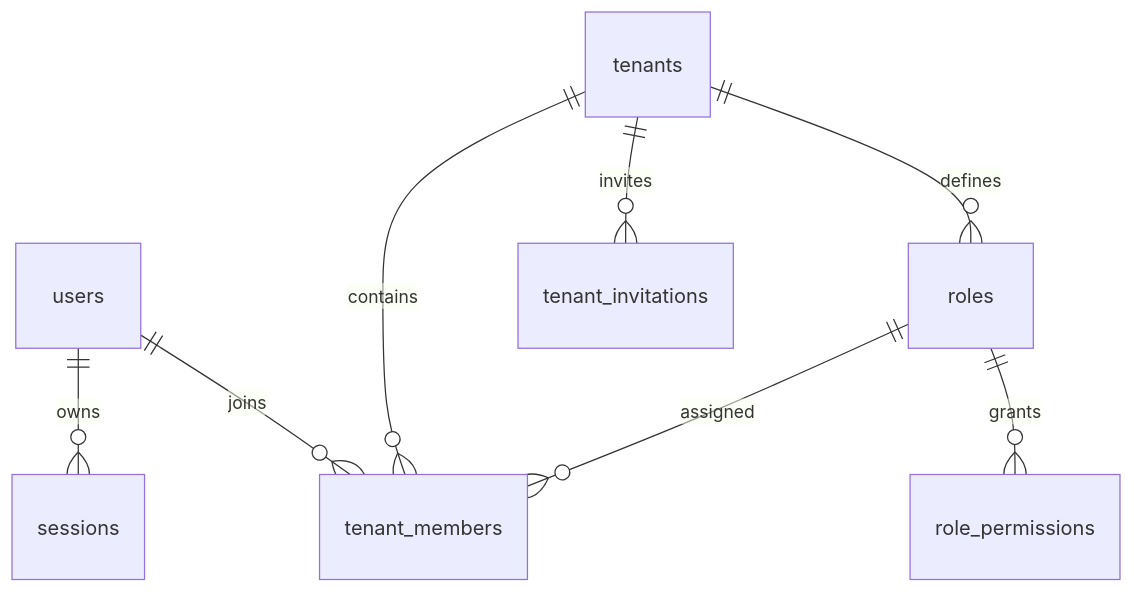
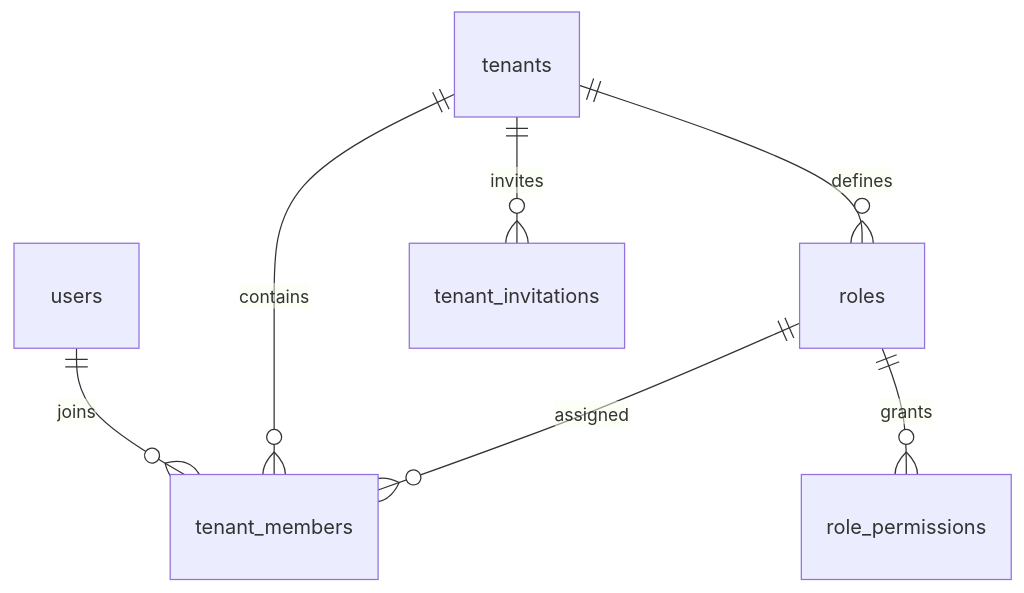
One commit to NDQuynh259/vishop-platform changed the diagram in docs/core-architecture/tenancy.md. Above: the diagram before and after it, drawn with Mermaid. The commit also changed other lines of this file and 109 other files, not shown here.

````diff
--- a/docs/core-architecture/tenancy.md
+++ b/docs/core-architecture/tenancy.md
@@ -47,10 +47,9 @@
 ```mermaid
 erDiagram
     users ||--o{ tenant_members : joins
     tenants ||--o{ tenant_members : contains
     tenants ||--o{ roles : defines
     roles ||--o{ role_permissions : grants
     roles ||--o{ tenant_members : assigned
     tenants ||--o{ tenant_invitations : invites
-    users ||--o{ sessions : owns
 ```
````
